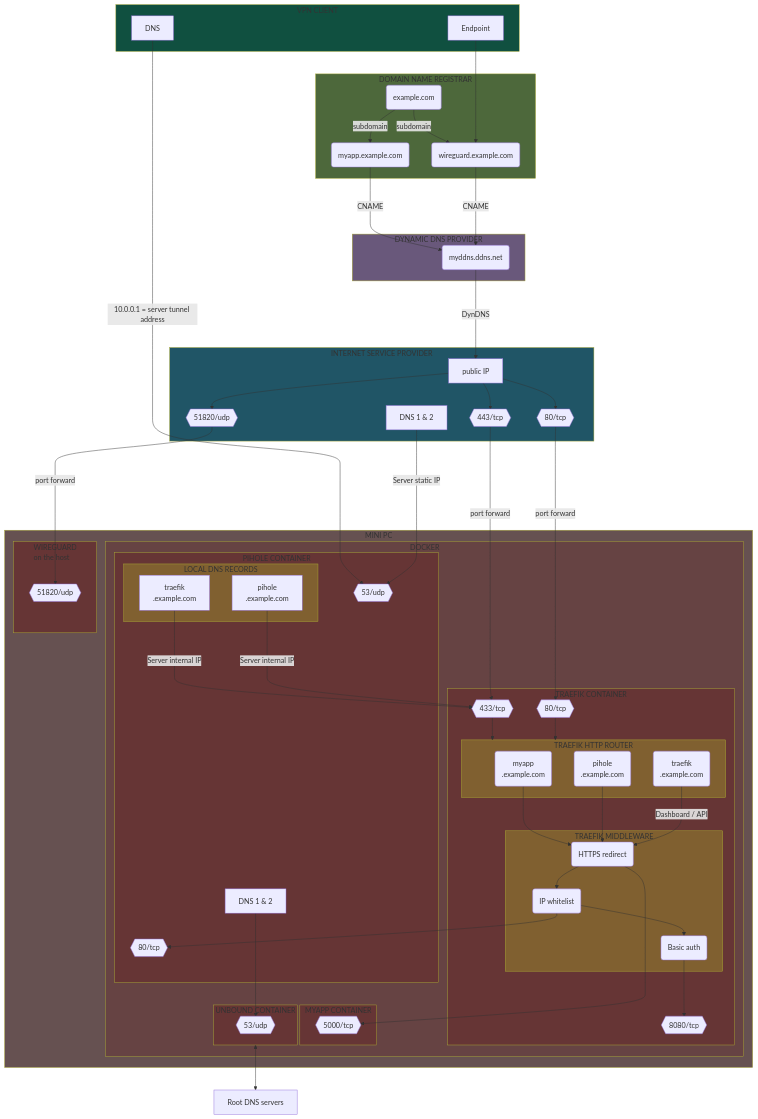
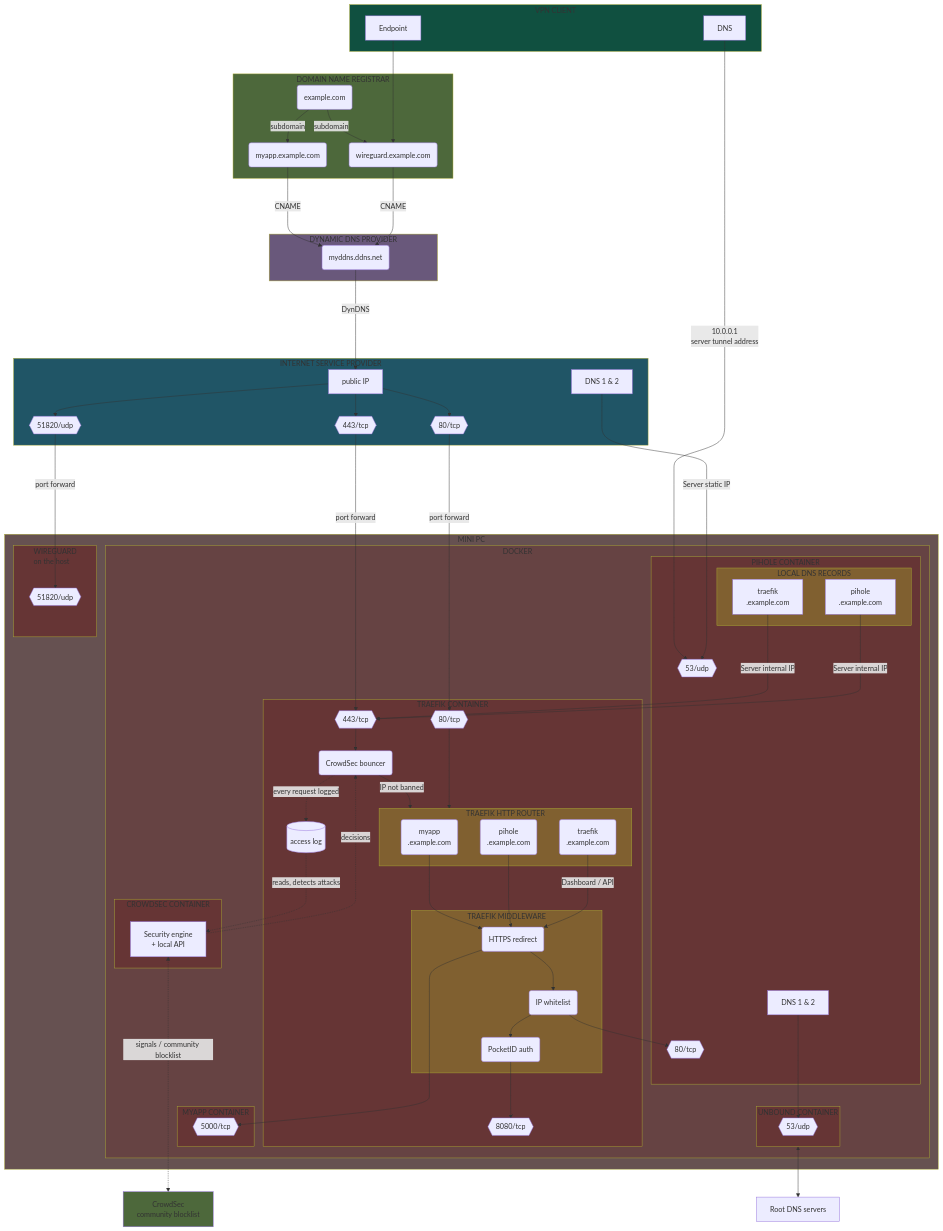
Before and after one commit to Yann39/self-hosted-n100: the first of 17 diagrams in README.md, drawn with Mermaid. The commit also changed other lines of this file and 2 other files, not shown here.

Commit message:
updated diagrams to reflect last changes + updated homer config to add crowdsec

````diff
--- a/README.md
+++ b/README.md
@@ -126,11 +126,13 @@
     style PIHOLE_CONTAINER fill: #663535
     style UNBOUND_CONTAINER fill: #663535
     style MYAPP_CONTAINER fill: #663535
+    style CROWDSEC_CONTAINER fill: #663535
     style WIREGUARD_HOST fill: #663535
     style TRAEFIK_ROUTER fill: #806030
     style TRAEFIK_MIDDLEWARE fill: #806030
     style VPN_CLIENT fill: #105040
     style PIHOLE_DNS_RECORDS fill: #806030
+    style CROWDSEC_COMMUNITY fill: #4d683b
     DOMAIN(example.com)
     SUBDOMAIN_WIREGUARD(wireguard.example.com)
     SUBDOMAIN_MYAPP(myapp.example.com)
@@ -143,7 +145,7 @@
     DOCKER_MYAPP_PORT5000{{5000/tcp}}
     DOCKER_PIHOLE_PORT80{{80/tcp}}
     DOCKER_PIHOLE_PORT53{{53/udp}}
-    DOCKER_TRAEFIK_PORT443{{433/tcp}}
+    DOCKER_TRAEFIK_PORT443{{443/tcp}}
     DOCKER_TRAEFIK_PORT80{{80/tcp}}
     DOCKER_TRAEFIK_PORT8080{{8080/tcp}}
     DOCKER_UNBOUND_PORT53{{53/udp}}
@@ -155,6 +157,10 @@
     DOCKER_PIHOLE_DNS[DNS 1 & 2]
     PIHOLE_DNS_PIHOLE[pihole\n.example.com]
     PIHOLE_DNS_TRAEFIK[traefik\n.example.com]
+    CROWDSEC_BOUNCER(CrowdSec bouncer)
+    CROWDSEC_ENGINE[Security engine\n+ local API]
+    ACCESS_LOG[(access log)]
+    CROWDSEC_COMMUNITY[CrowdSec\ncommunity blocklist]
 
     subgraph VPN_CLIENT[VPN CLIENT]
         WIREGUARD_CLIENT_ENDPOINT[Endpoint]
@@ -190,8 +196,10 @@
                 subgraph TRAEFIK_MIDDLEWARE[TRAEFIK MIDDLEWARE]
                     REDIRECT(HTTPS redirect)
                     IP_WHITELISTING(IP whitelist)
-                    BASIC_AUTH(Basic auth)
+                    AUTH(PocketID auth)
                 end
+                CROWDSEC_BOUNCER
+                ACCESS_LOG
                 DOCKER_TRAEFIK_PORT80
                 DOCKER_TRAEFIK_PORT443
                 DOCKER_TRAEFIK_PORT8080
@@ -215,6 +223,10 @@
                 DOCKER_UNBOUND_PORT53
             end
 
+            subgraph CROWDSEC_CONTAINER[CROWDSEC CONTAINER]
+                CROWDSEC_ENGINE
+            end
+
         end
 
         subgraph WIREGUARD_HOST[WIREGUARD\non the host]
@@ -224,23 +236,28 @@
     end
 
     WIREGUARD_CLIENT_ENDPOINT ---> SUBDOMAIN_WIREGUARD
-    WIREGUARD_CLIENT_DNS -->|10.0.0.1 = server tunnel address| DOCKER_PIHOLE_PORT53
+    WIREGUARD_CLIENT_DNS ------------------->|10.0.0.1\nserver tunnel address| DOCKER_PIHOLE_PORT53
     ROUTER_PORT51820 -->|port forward| DOCKER_WIREGUARD_PORT51820
     ROUTER_PORT443 ------>|port forward| DOCKER_TRAEFIK_PORT443
     ROUTER_PORT80 -->|port forward| DOCKER_TRAEFIK_PORT80
-    DNS_ISP ---->|Server static IP| DOCKER_PIHOLE_PORT53
+    DNS_ISP ------>|Server static IP| DOCKER_PIHOLE_PORT53
     PIHOLE_DNS_TRAEFIK --->|Server internal IP| DOCKER_TRAEFIK_PORT443
     PIHOLE_DNS_PIHOLE --->|Server internal IP| DOCKER_TRAEFIK_PORT443
-    DOCKER_TRAEFIK_PORT443 --> TRAEFIK_ROUTER
+    DOCKER_TRAEFIK_PORT443 --> CROWDSEC_BOUNCER
+    CROWDSEC_BOUNCER -->|IP not banned| TRAEFIK_ROUTER
     DOCKER_TRAEFIK_PORT80 --> TRAEFIK_ROUTER
+    CROWDSEC_BOUNCER -.->|every request logged| ACCESS_LOG
+    ACCESS_LOG -.->|reads, detects attacks| CROWDSEC_ENGINE
+    CROWDSEC_ENGINE -.->|decisions| CROWDSEC_BOUNCER
+    CROWDSEC_ENGINE <-....->|signals / community blocklist| CROWDSEC_COMMUNITY
     TRAEFIK_ROUTER_MYAPP --> REDIRECT
     TRAEFIK_ROUTER_PIHOLE --> REDIRECT
     TRAEFIK_ROUTER_TRAEFIK -->|Dashboard / API| REDIRECT
-    IP_WHITELISTING --> BASIC_AUTH
+    IP_WHITELISTING --> AUTH
     IP_WHITELISTING --> DOCKER_PIHOLE_PORT80
     REDIRECT --> IP_WHITELISTING
     REDIRECT ----> DOCKER_MYAPP_PORT5000
-    BASIC_AUTH --> DOCKER_TRAEFIK_PORT8080
+    AUTH --> DOCKER_TRAEFIK_PORT8080
     DOCKER_PIHOLE_DNS ---> DOCKER_UNBOUND_PORT53
     UNBOUND_CONTAINER <--> ROOT_DNS_SERVERS
 ```
````
